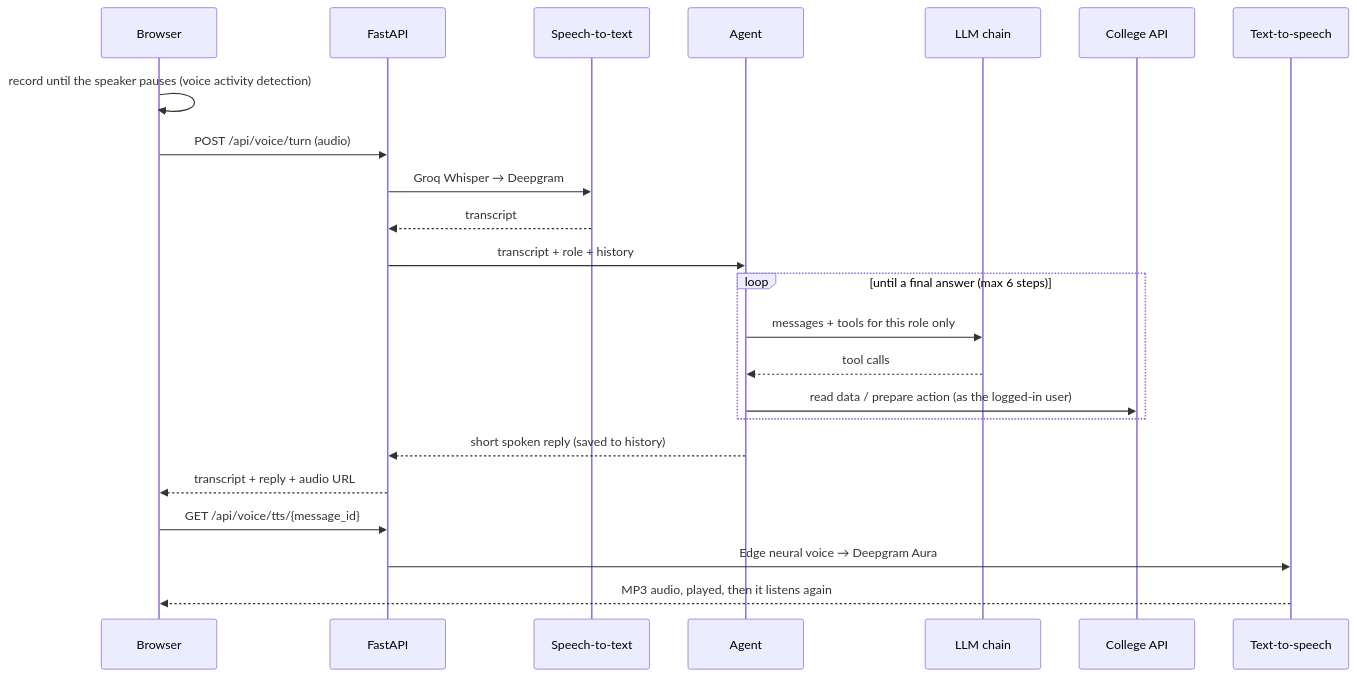
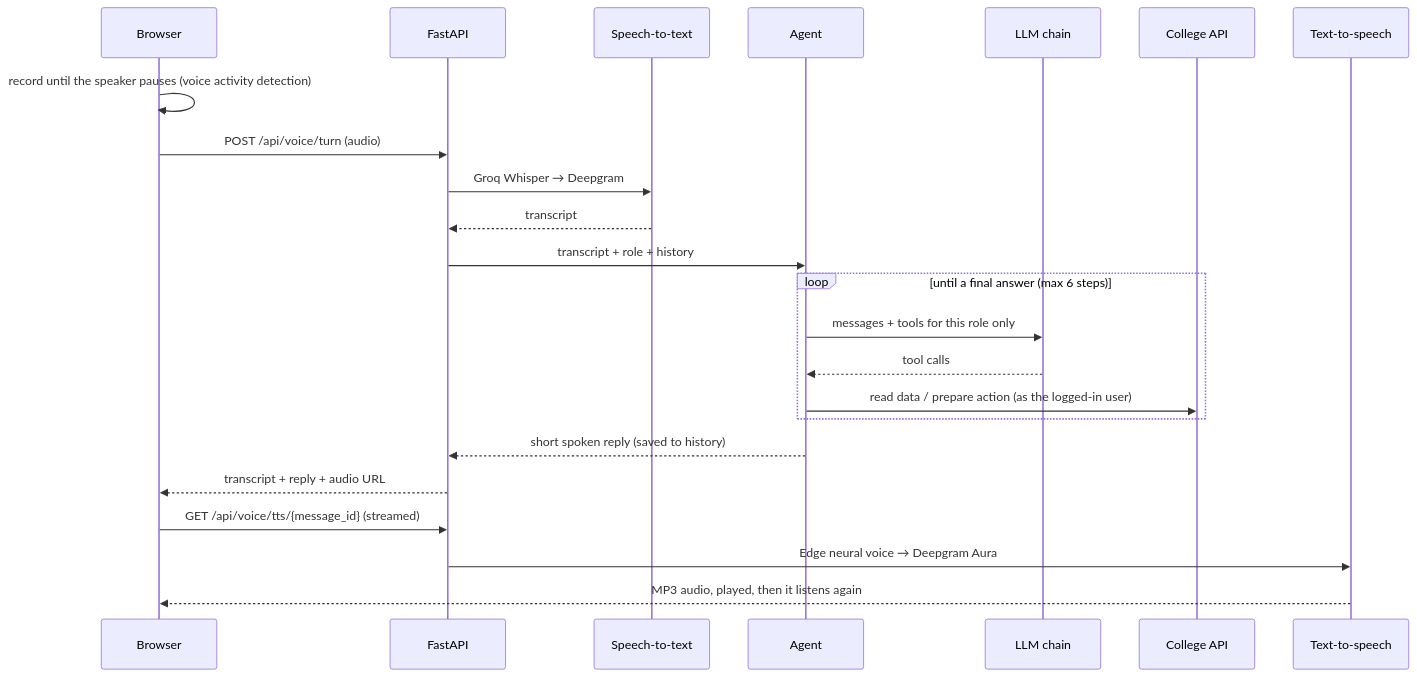
The diagram in README.md (kuzhandayan/kit_voice_assistant), drawn with Mermaid before and after one commit. The commit also changed other lines of this file and 11 other files, not shown here.

````diff
--- a/README.md
+++ b/README.md
@@ -23,25 +23,25 @@
 ```mermaid
 sequenceDiagram
     participant B as Browser
     participant API as FastAPI
     participant STT as Speech-to-text
     participant AG as Agent
     participant LLM as LLM chain
     participant C as College API
     participant TTS as Text-to-speech
     B->>B: record until the speaker pauses (voice activity detection)
     B->>API: POST /api/voice/turn (audio)
     API->>STT: Groq Whisper → Deepgram
     STT-->>API: transcript
     API->>AG: transcript + role + history
     loop until a final answer (max 6 steps)
         AG->>LLM: messages + tools for this role only
         LLM-->>AG: tool calls
         AG->>C: read data / prepare action (as the logged-in user)
     end
     AG-->>API: short spoken reply (saved to history)
     API-->>B: transcript + reply + audio URL
-    B->>API: GET /api/voice/tts/{message_id}
+    B->>API: GET /api/voice/tts/{message_id} (streamed)
     API->>TTS: Edge neural voice → Deepgram Aura
     TTS-->>B: MP3 audio, played, then it listens again
 ```
````
